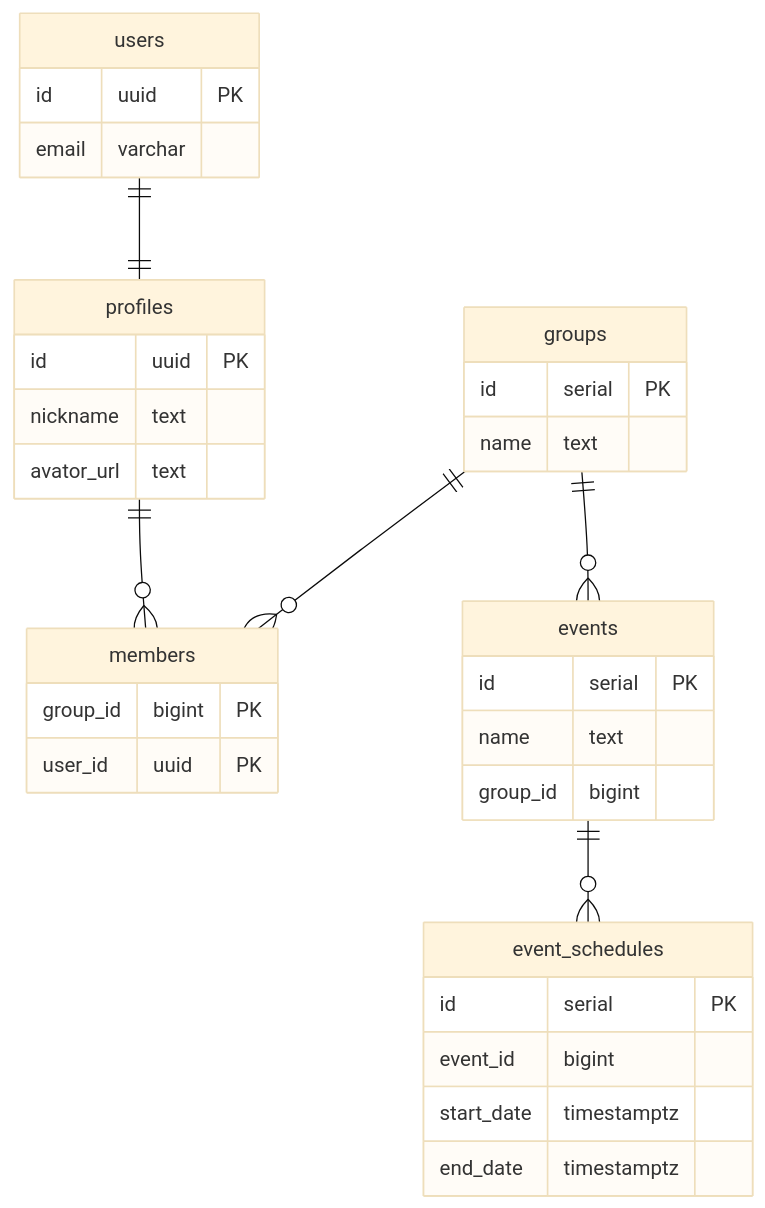
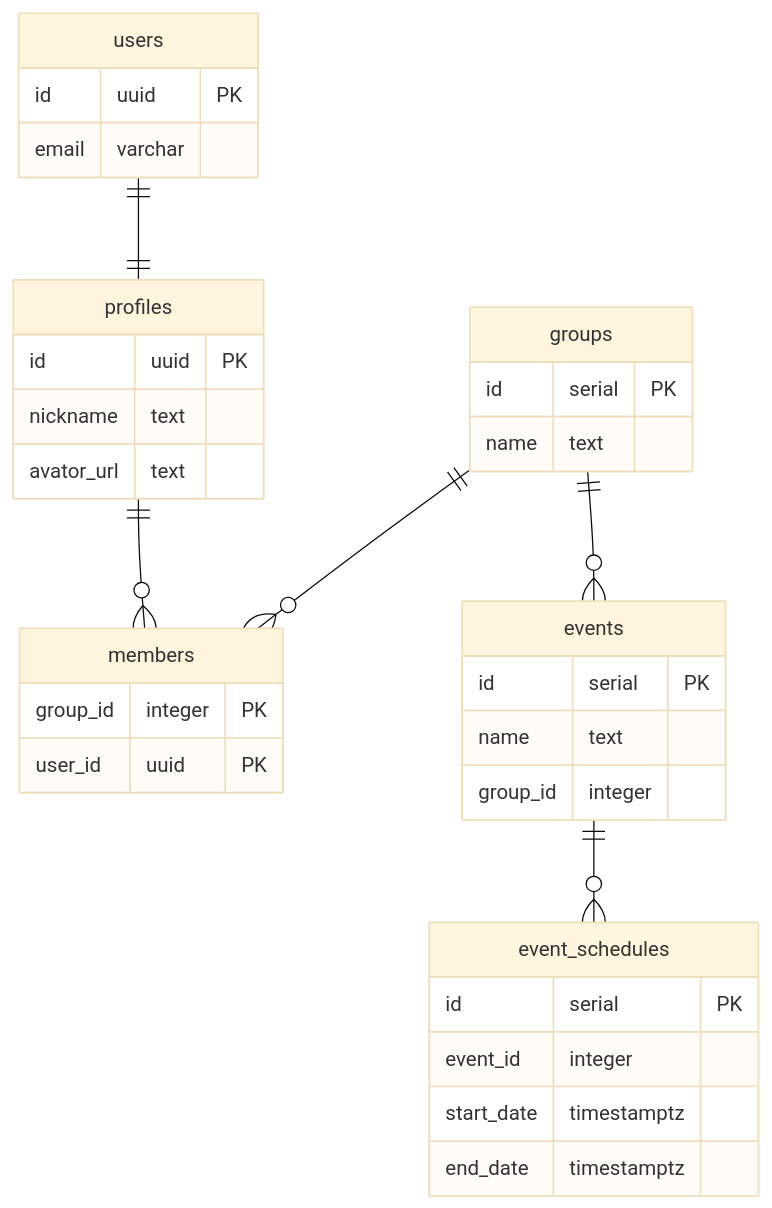
One commit to kiyohome/react-protos changed the diagram in README.md. Above: the diagram before and after it, drawn with Mermaid (base theme). The commit also changed other lines of this file and 2 other files, not shown here.

````diff
--- a/README.md
+++ b/README.md
@@ -119,43 +114,43 @@
 ```mermaid
 erDiagram
 
   users ||--|| profiles: ""
   profiles ||--o{ members: ""
   groups ||--o{ members: ""
   groups ||--o{ events: ""
   events ||--o{ event_schedules: ""
 
   users {
     id uuid PK
     email varchar
   }
 
   profiles {
     id uuid PK
     nickname text
     avator_url text
   }
 
   members {
-    group_id bigint PK
+    group_id integer PK
     user_id uuid PK
   }
 
   groups {
     id serial PK
     name text
   }
 
   events {
     id serial PK
     name text
-    group_id bigint
+    group_id integer
   }
 
   event_schedules {
     id serial PK
-    event_id bigint
+    event_id integer
     start_date timestamptz
     end_date timestamptz
   }
 ```
````
